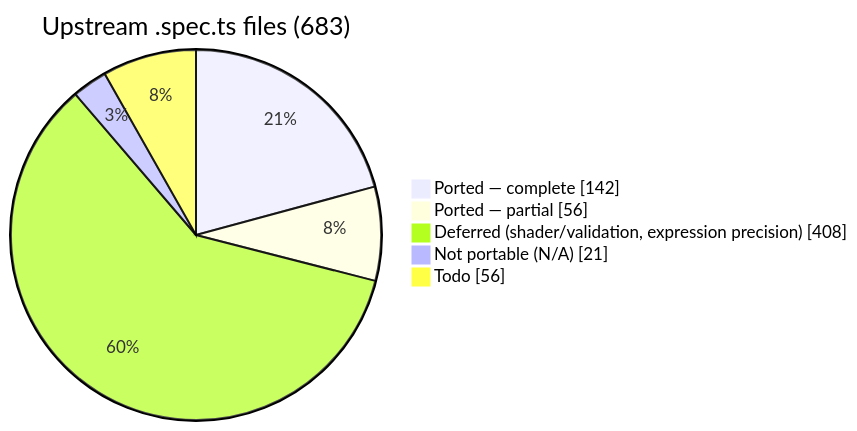
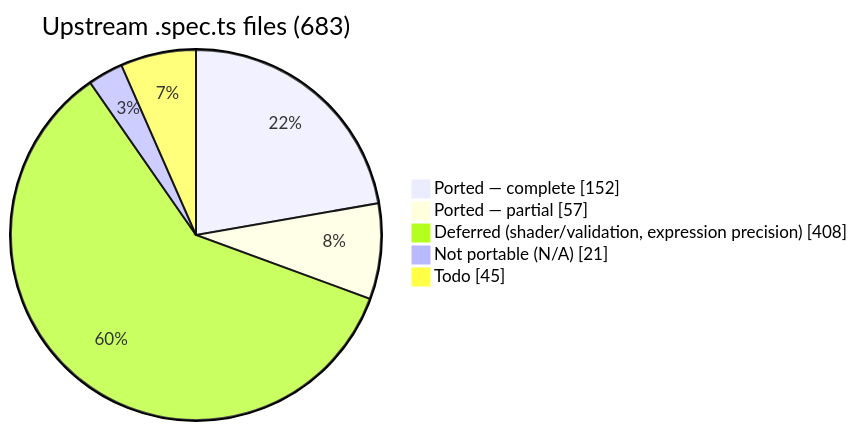
One commit to infosia/webgpu-native-cts changed the first of 2 diagrams in README.md. Above: the diagram before and after it, drawn with Mermaid. The commit also changed other lines of this file and 15 other files, not shown here.

````diff
--- a/README.md
+++ b/README.md
@@ -94,9 +94,9 @@
 ```mermaid
 pie showData
     title Upstream .spec.ts files (683)
-    "Ported — complete" : 142
-    "Ported — partial" : 56
+    "Ported — complete" : 152
+    "Ported — partial" : 57
     "Deferred (shader/validation, expression precision)" : 408
     "Not portable (N/A)" : 21
-    "Todo" : 56
+    "Todo" : 45
 ```
````
